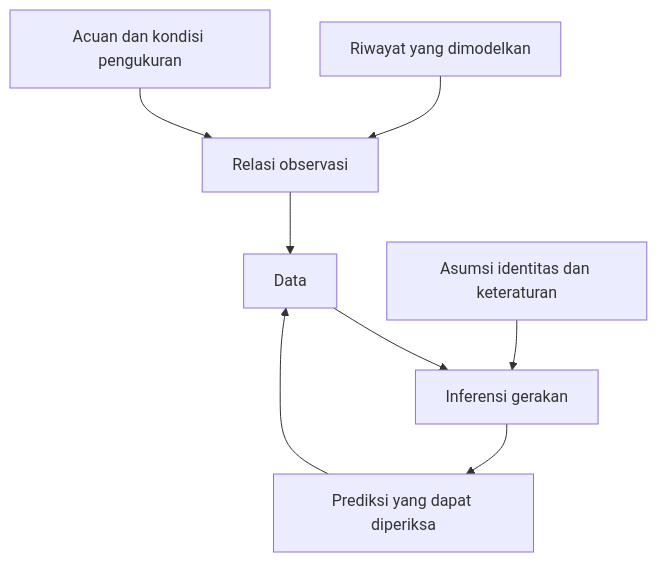
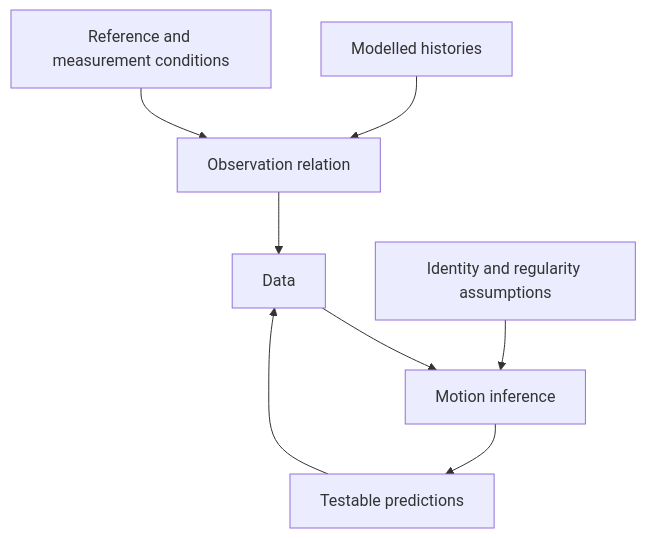
Before and after one commit to arsafiqri-aybi/kinesis: the second of 2 diagrams in Foundation/Structure/Architecture.md, drawn with Mermaid. The commit also changed other lines of this file and 29 other files, not shown here.

Commit message:
Translate the complete knowledge library and graph into English

````diff
--- a/Foundation/Structure/Architecture.md
+++ b/Foundation/Structure/Architecture.md
@@ -47,10 +47,10 @@
 ```mermaid
 flowchart TD
-    H["Riwayat yang dimodelkan"] --> M["Relasi observasi"]
-    R["Acuan dan kondisi pengukuran"] --> M
+    H["Modelled histories"] --> M["Observation relation"]
+    R["Reference and measurement conditions"] --> M
     M --> D["Data"]
-    D --> I["Inferensi gerakan"]
-    A["Asumsi identitas dan keteraturan"] --> I
-    I --> P["Prediksi yang dapat diperiksa"]
+    D --> I["Motion inference"]
+    A["Identity and regularity assumptions"] --> I
+    I --> P["Testable predictions"]
     P --> D
 ```
````
